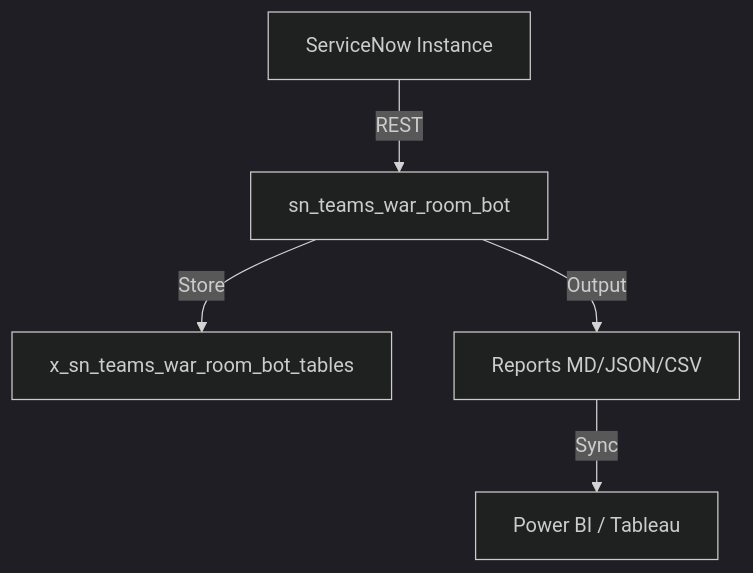
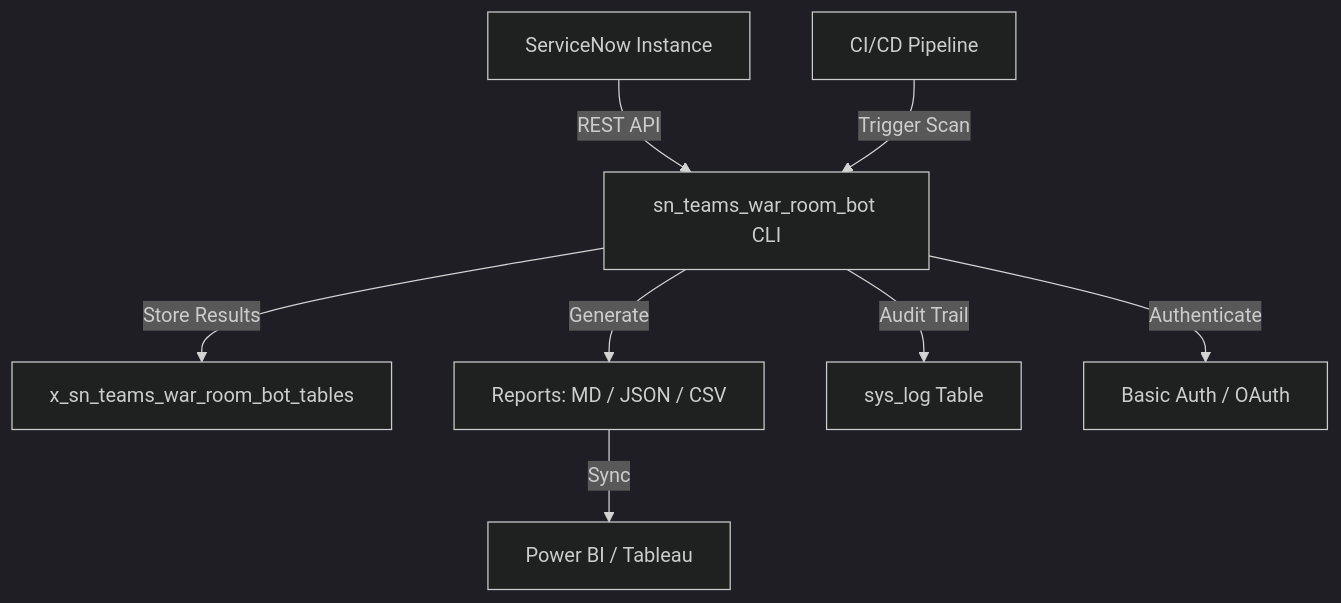
One commit to vladarchitectservicenow-oss/sn_teams_war_room_bot changed the diagram in README.md. Above: the diagram before and after it, drawn with Mermaid (dark theme). The commit also changed other lines of this file, not shown here.

Commit message:
fix: deduplicate README template, expand to 2500+ words, add Mermaid, ROI details, FAQ, Troubleshooting (12 entries), Data Model, Quick Start, fix license badge to AGPL-v3

````diff
--- a/README.md
+++ b/README.md
@@ -54,7 +83,10 @@
 ```mermaid
 graph TD
-    SN[ServiceNow Instance] -->|REST| sn_teams_war_room_bot
-    sn_teams_war_room_bot -->|Store| DB[x_sn_teams_war_room_bot_tables]
-    sn_teams_war_room_bot -->|Output| Report[Reports MD/JSON/CSV]
+    SN[ServiceNow Instance] -->|REST API| Bot[sn_teams_war_room_bot CLI]
+    Bot -->|Store Results| DB[x_sn_teams_war_room_bot_tables]
+    Bot -->|Generate| Report[Reports: MD / JSON / CSV]
     Report -->|Sync| BI[Power BI / Tableau]
+    Bot -->|Audit Trail| Log[sys_log Table]
+    Bot -->|Authenticate| Auth[Basic Auth / OAuth]
+    CI[CI/CD Pipeline] -->|Trigger Scan| Bot
 ```
````
